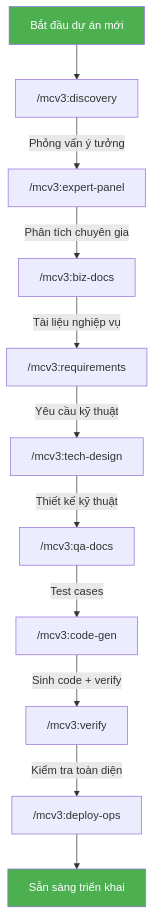
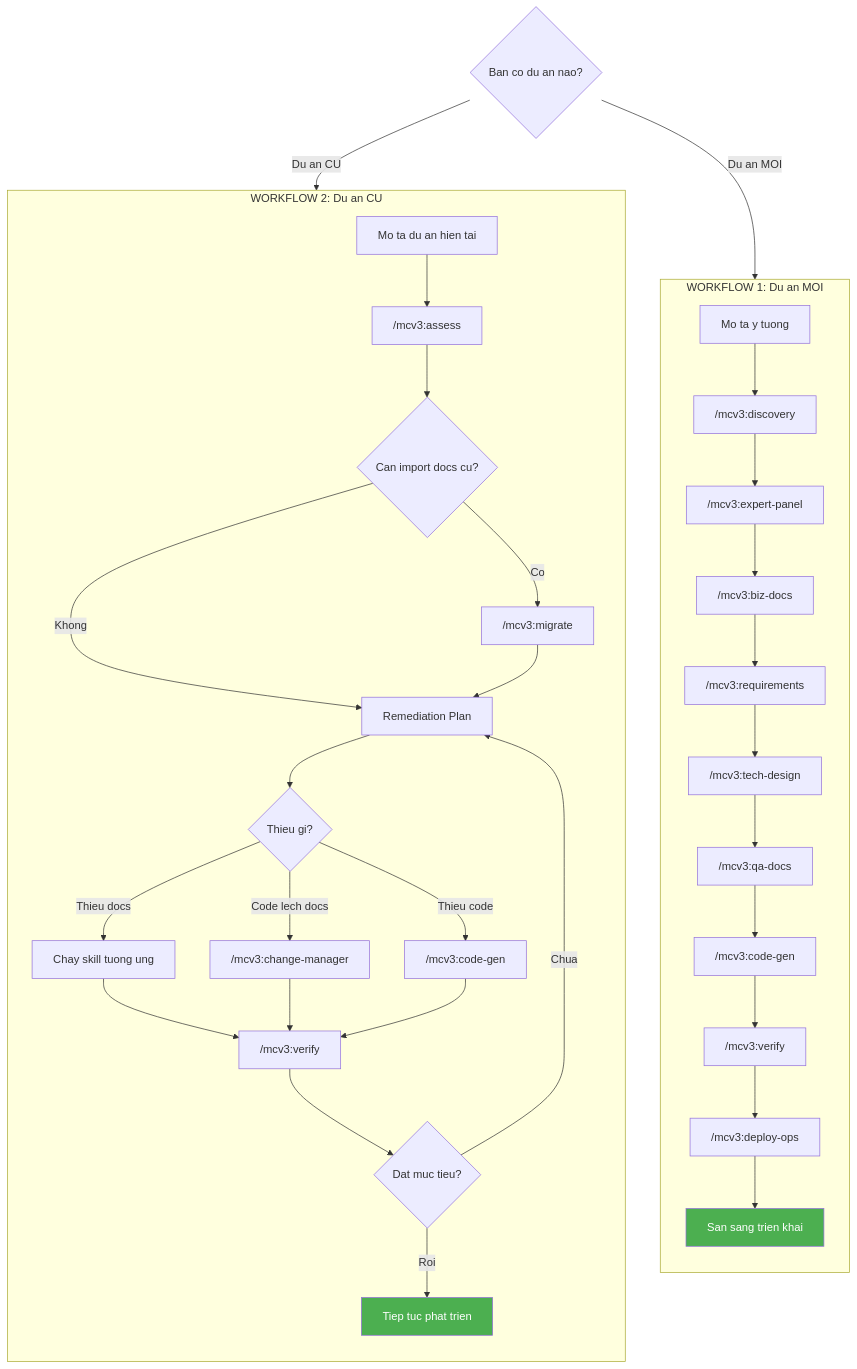
Before and after one commit to hanoibanhcuon/MCV3-Plugin: the diagram in docs/MCV3-DEVKIT-USER-GUIDE.md, drawn with Mermaid. The commit also changed other lines of this file, not shown here.

Commit message:
docs: gộp 2 Mermaid diagrams thành 1 diagram với subgraph

````diff
--- a/docs/MCV3-DEVKIT-USER-GUIDE.md
+++ b/docs/MCV3-DEVKIT-USER-GUIDE.md
@@ -117,16 +115,41 @@
 ```mermaid
 flowchart TD
-    A["Bắt đầu dự án mới"] --> B["/mcv3:discovery"]
-    B -->|Phỏng vấn ý tưởng| C["/mcv3:expert-panel"]
-    C -->|Phân tích chuyên gia| D["/mcv3:biz-docs"]
-    D -->|Tài liệu nghiệp vụ| E["/mcv3:requirements"]
-    E -->|Yêu cầu kỹ thuật| F["/mcv3:tech-design"]
-    F -->|Thiết kế kỹ thuật| G["/mcv3:qa-docs"]
-    G -->|Test cases| H["/mcv3:code-gen"]
-    H -->|Sinh code + verify| I["/mcv3:verify"]
-    I -->|Kiểm tra toàn diện| J["/mcv3:deploy-ops"]
-    J --> K["Sẵn sàng triển khai"]
+    START{"Ban co du an nao?"} -->|"Du an MOI"| NEW_START
+    START -->|"Du an CU"| OLD_START
 
-    style A fill:#4CAF50,color:#fff
-    style K fill:#4CAF50,color:#fff
+    subgraph NEW ["WORKFLOW 1: Du an MOI"]
+        direction TD
+        NEW_START["Mo ta y tuong"] --> N1["/mcv3:discovery"]
+        N1 --> N2["/mcv3:expert-panel"]
+        N2 --> N3["/mcv3:biz-docs"]
+        N3 --> N4["/mcv3:requirements"]
+        N4 --> N5["/mcv3:tech-design"]
+        N5 --> N6["/mcv3:qa-docs"]
+        N6 --> N7["/mcv3:code-gen"]
+        N7 --> N8["/mcv3:verify"]
+        N8 --> N9["/mcv3:deploy-ops"]
+        N9 --> DONE1["San sang trien khai"]
+    end
+
+    subgraph OLD ["WORKFLOW 2: Du an CU"]
+        direction TD
+        OLD_START["Mo ta du an hien tai"] --> O1["/mcv3:assess"]
+        O1 --> O2{"Can import docs cu?"}
+        O2 -->|"Co"| O3["/mcv3:migrate"]
+        O2 -->|"Khong"| O4["Remediation Plan"]
+        O3 --> O4
+        O4 --> O5{"Thieu gi?"}
+        O5 -->|"Thieu docs"| O6["Chay skill tuong ung"]
+        O5 -->|"Code lech docs"| O7["/mcv3:change-manager"]
+        O5 -->|"Thieu code"| O8["/mcv3:code-gen"]
+        O6 --> O9["/mcv3:verify"]
+        O7 --> O9
+        O8 --> O9
+        O9 --> O10{"Dat muc tieu?"}
+        O10 -->|"Chua"| O4
+        O10 -->|"Roi"| DONE2["Tiep tuc phat trien"]
+    end
+
+    style DONE1 fill:#4CAF50,color:#fff
+    style DONE2 fill:#4CAF50,color:#fff
 ```
````
